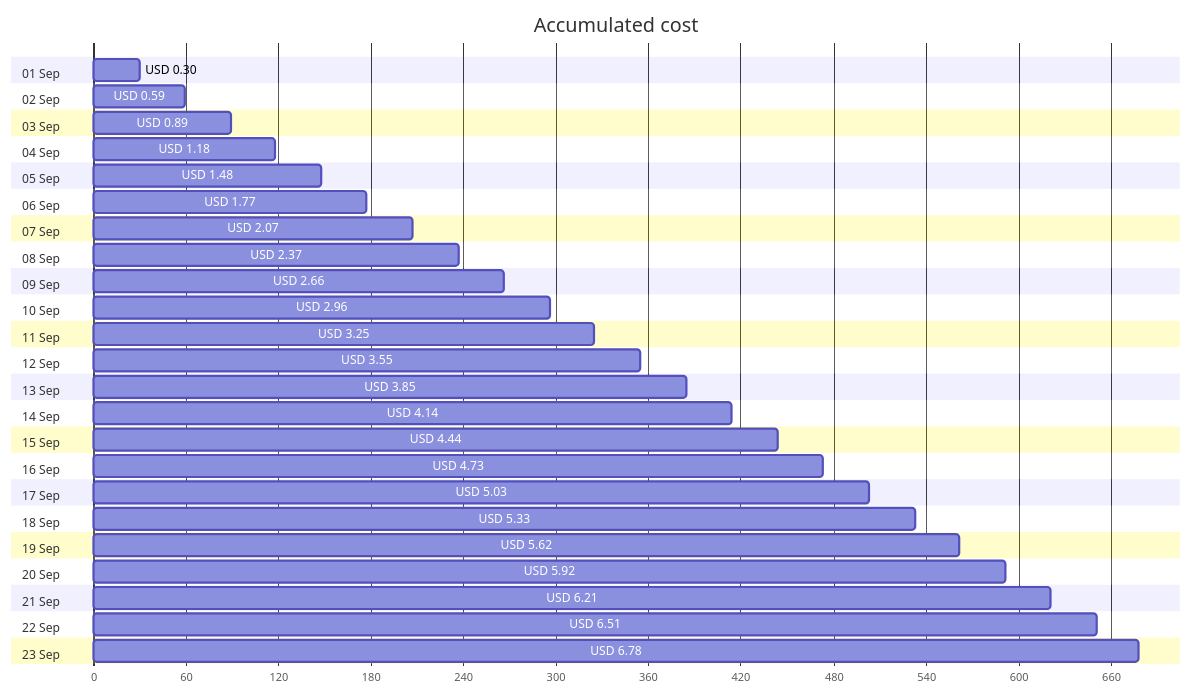
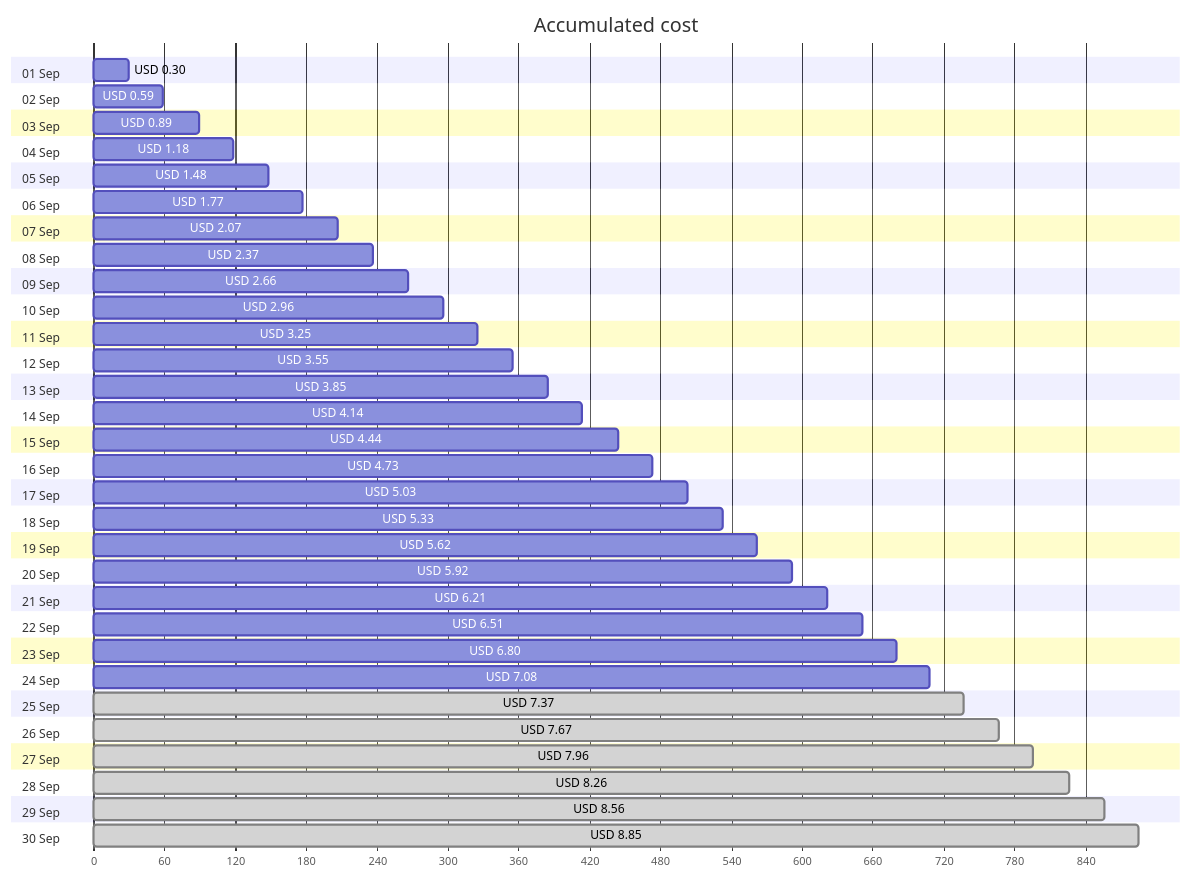
Before and after one commit to jpfulton/azure-personal-reports: the first of 4 diagrams in cost-reports/personal-site/personal-site.md, drawn with Mermaid. The commit also changed other lines of this file and 7 other files, not shown here.

````diff
--- a/cost-reports/personal-site/personal-site.md
+++ b/cost-reports/personal-site/personal-site.md
@@ -20,52 +20,66 @@
 ```mermaid
 gantt
    title Accumulated cost
    dateFormat  X
    axisFormat %s
    section 01 Sep
    USD 0.30 :0, 30
    section 02 Sep
    USD 0.59 :0, 59
    section 03 Sep
    USD 0.89 :0, 89
    section 04 Sep
    USD 1.18 :0, 118
    section 05 Sep
    USD 1.48 :0, 148
    section 06 Sep
    USD 1.77 :0, 177
    section 07 Sep
    USD 2.07 :0, 207
    section 08 Sep
    USD 2.37 :0, 237
    section 09 Sep
    USD 2.66 :0, 266
    section 10 Sep
    USD 2.96 :0, 296
    section 11 Sep
    USD 3.25 :0, 325
    section 12 Sep
    USD 3.55 :0, 355
    section 13 Sep
    USD 3.85 :0, 385
    section 14 Sep
    USD 4.14 :0, 414
    section 15 Sep
    USD 4.44 :0, 444
    section 16 Sep
    USD 4.73 :0, 473
    section 17 Sep
    USD 5.03 :0, 503
    section 18 Sep
    USD 5.33 :0, 533
    section 19 Sep
    USD 5.62 :0, 562
    section 20 Sep
    USD 5.92 :0, 592
    section 21 Sep
    USD 6.21 :0, 621
    section 22 Sep
    USD 6.51 :0, 651
    section 23 Sep
-   USD 6.78 :0, 678
+   USD 6.80 :0, 680
+   section 24 Sep
+   USD 7.08 :0, 708
+   section 25 Sep
+   USD 7.37 : done, 0, 737
+   section 26 Sep
+   USD 7.67 : done, 0, 767
+   section 27 Sep
+   USD 7.96 : done, 0, 796
+   section 28 Sep
+   USD 8.26 : done, 0, 826
+   section 29 Sep
+   USD 8.56 : done, 0, 856
+   section 30 Sep
+   USD 8.85 : done, 0, 885
 ```
````
